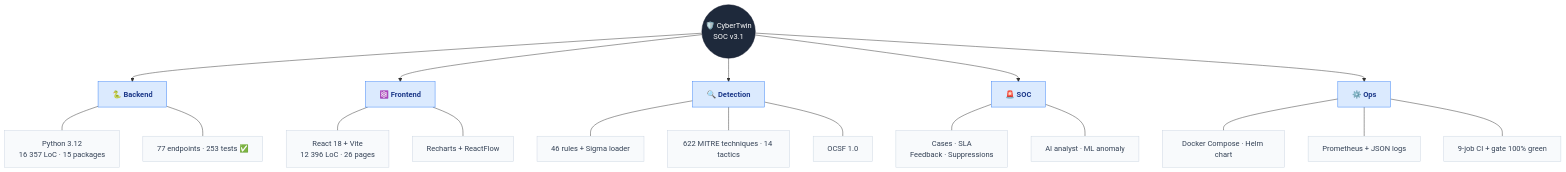
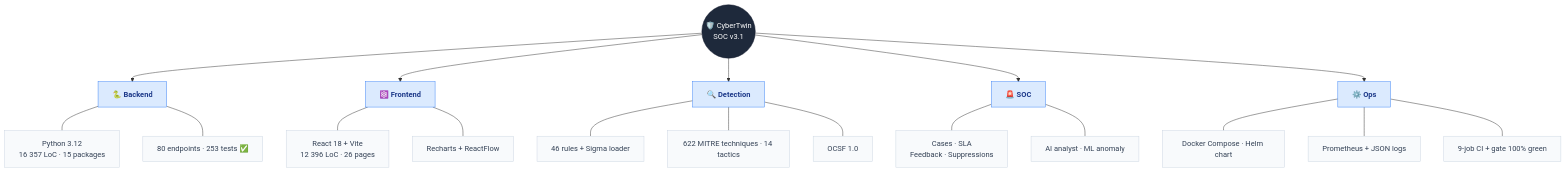
Before and after one commit to omarbabba779xx/CyberTwin-SOC: the third of 19 diagrams in README.md, drawn with Mermaid. The commit also changed other lines of this file and 4 other files, not shown here.

First line of the commit message:
docs: fix audit findings — stale counts, broken favicon, CI diagram accuracy

````diff
--- a/README.md
+++ b/README.md
@@ -208,37 +208,37 @@
 ```mermaid
 flowchart TB
     ROOT(("🛡️ CyberTwin<br/>SOC v3.1"))
 
     BE["🐍 <b>Backend</b>"]
     FE["⚛️ <b>Frontend</b>"]
     DET["🔍 <b>Detection</b>"]
     SOC["🚨 <b>SOC</b>"]
     OPS["⚙️ <b>Ops</b>"]
 
     ROOT --> BE & FE & DET & SOC & OPS
 
     BE --- BE1["Python 3.12<br/>16 357 LoC · 15 packages"]
-    BE --- BE2["77 endpoints · 253 tests ✅"]
+    BE --- BE2["80 endpoints · 253 tests ✅"]
 
     FE --- FE1["React 18 + Vite<br/>12 396 LoC · 26 pages"]
     FE --- FE2["Recharts + ReactFlow"]
 
     DET --- DET1["46 rules + Sigma loader"]
     DET --- DET2["622 MITRE techniques · 14 tactics"]
     DET --- DET3["OCSF 1.0"]
 
     SOC --- SOC1["Cases · SLA<br/>Feedback · Suppressions"]
     SOC --- SOC2["AI analyst · ML anomaly"]
 
     OPS --- OPS1["Docker Compose · Helm chart"]
     OPS --- OPS2["Prometheus + JSON logs"]
     OPS --- OPS3["9-job CI + gate 100% green"]
 
     classDef root fill:#1e293b,stroke:#0f172a,color:#fff
     classDef cat fill:#dbeafe,stroke:#3b82f6,color:#1e3a8a
     classDef item fill:#f8fafc,stroke:#cbd5e1,color:#334155
 
     class ROOT root
     class BE,FE,DET,SOC,OPS cat
     class BE1,BE2,FE1,FE2,DET1,DET2,DET3,SOC1,SOC2,OPS1,OPS2,OPS3 item
 ```
````
